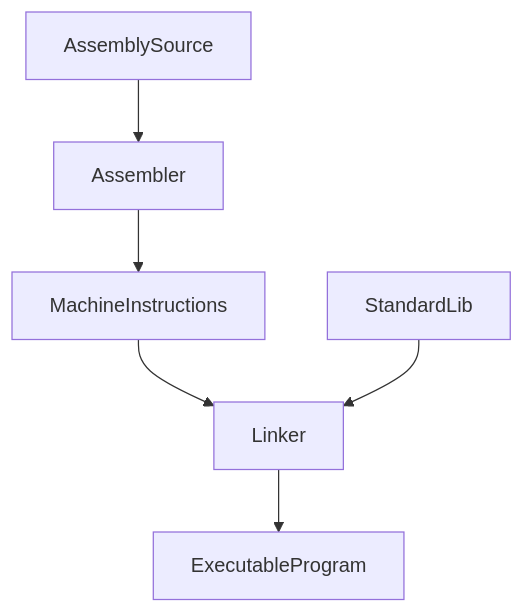
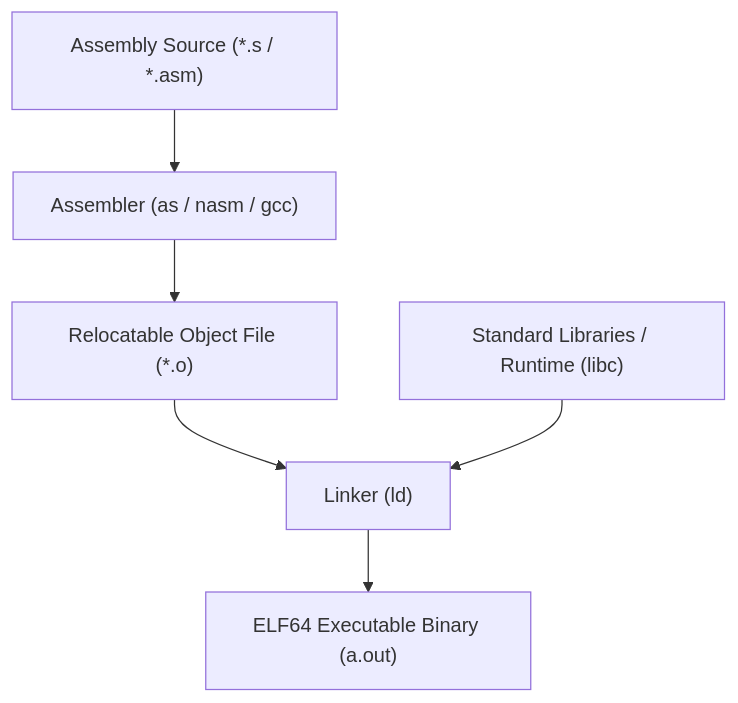
The diagram in Year 2/Semester 1/CS221 - Computer Architecture/Lectures/Assembly.md (kuranne/CSTU40), drawn with Mermaid before and after one commit. The commit also changed other lines of this file and 68 other files, not shown here.

````diff
--- a/Year 2/Semester 1/CS221 - Computer Architecture/Lectures/Assembly.md
+++ b/Year 2/Semester 1/CS221 - Computer Architecture/Lectures/Assembly.md
@@ -9,8 +31,8 @@
 ```mermaid
 flowchart TD
-	AssemblySource --> Assembler
-	Assembler --> MachineInstructions
-	MachineInstructions --> Linker
-	StandardLib --> Linker
-	Linker --> ExecutableProgram
+	AssemblySource["Assembly Source (*.s / *.asm)"] --> Assembler["Assembler (as / nasm / gcc)"]
+	Assembler --> MachineInstructions["Relocatable Object File (*.o)"]
+	MachineInstructions --> Linker["Linker (ld)"]
+	StandardLib["Standard Libraries / Runtime (libc)"] --> Linker
+	Linker --> ExecutableProgram["ELF64 Executable Binary (a.out)"]
 ```
````
